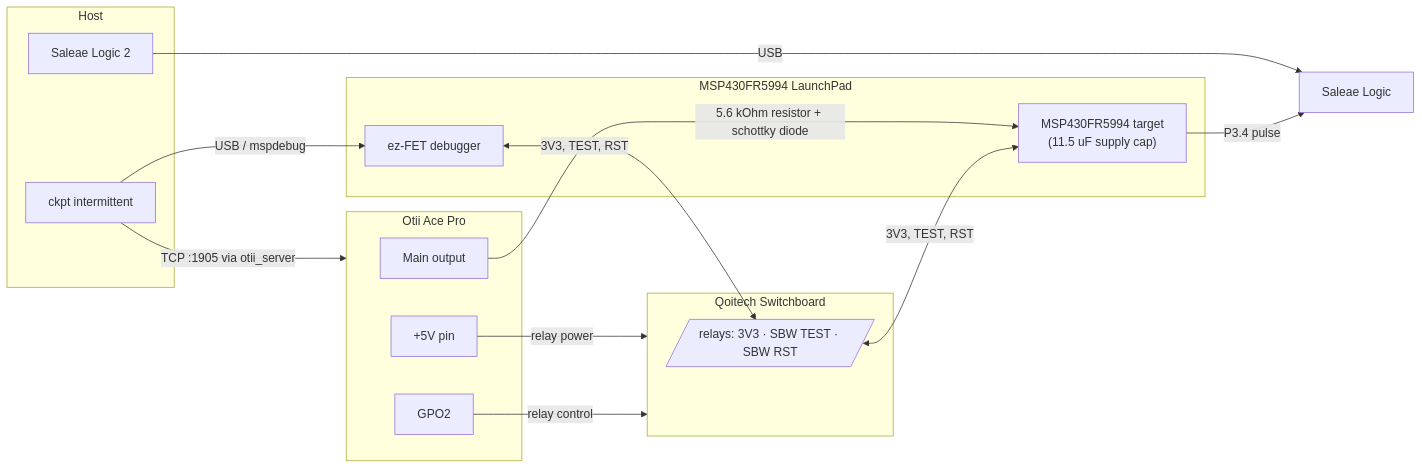
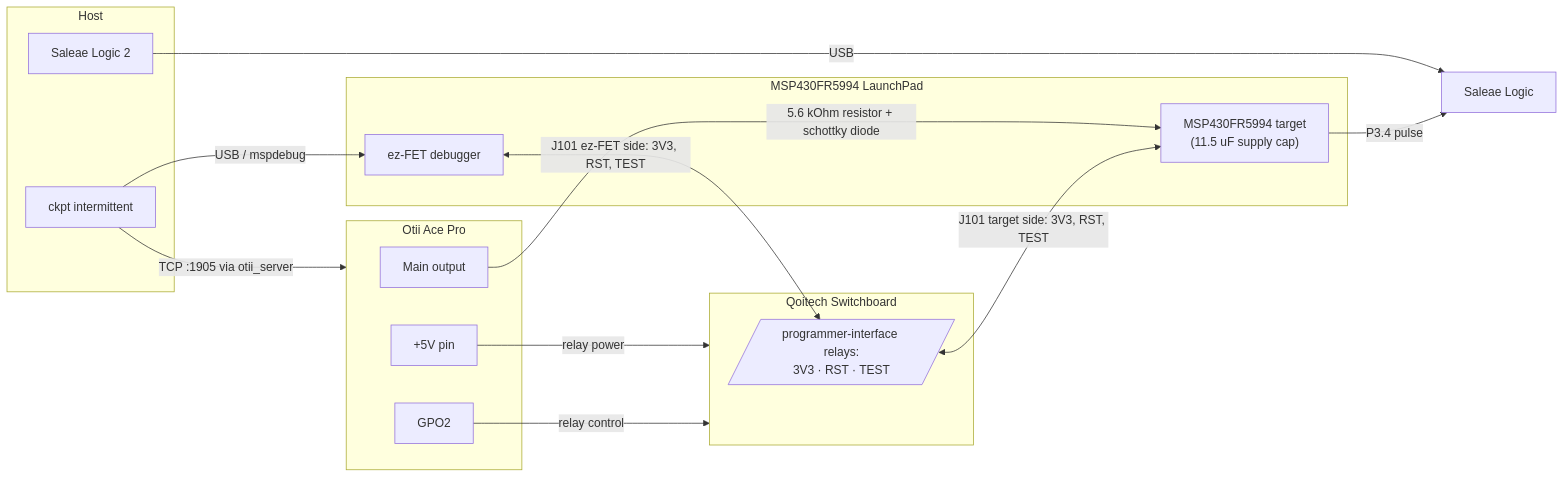
The diagram in docs/intermittent.md (byeongjee/bao), drawn with Mermaid before and after one commit. The commit also changed other lines of this file, not shown here.

Commit message:
Document concrete switchboard programmer-interface wiring

````diff
--- a/docs/intermittent.md
+++ b/docs/intermittent.md
@@ -31,35 +35,35 @@
 ```mermaid
 flowchart LR
     subgraph HOST[Host]
         ckpt[ckpt intermittent]
         logic2[Saleae Logic 2]
     end
 
     subgraph OTII[Otii Ace Pro]
         main[Main output]
         p5v[+5V pin]
         gpo2[GPO2]
     end
 
     subgraph SB[Qoitech Switchboard]
-        relay[/"relays: 3V3 · SBW TEST · SBW RST"/]
+        relay[/"programmer-interface relays:<br/>3V3 · RST · TEST"/]
     end
 
     subgraph LP[MSP430FR5994 LaunchPad]
         ezfet[ez-FET debugger]
         mcu["MSP430FR5994 target<br/>(11.5 uF supply cap)"]
     end
 
     saleae[Saleae Logic]
 
     ckpt -->|USB / mspdebug| ezfet
     ckpt -->|TCP :1905 via otii_server| OTII
     logic2 -->|USB| saleae
 
     main -->|5.6 kOhm resistor + schottky diode| mcu
     p5v -->|relay power| SB
     gpo2 -->|relay control| SB
-    ezfet <-->|3V3, TEST, RST| relay
-    relay <-->|3V3, TEST, RST| mcu
+    ezfet <-->|"J101 ez-FET side: 3V3, RST, TEST"| relay
+    relay <-->|"J101 target side: 3V3, RST, TEST"| mcu
     mcu -->|P3.4 pulse| saleae
 ```
````
